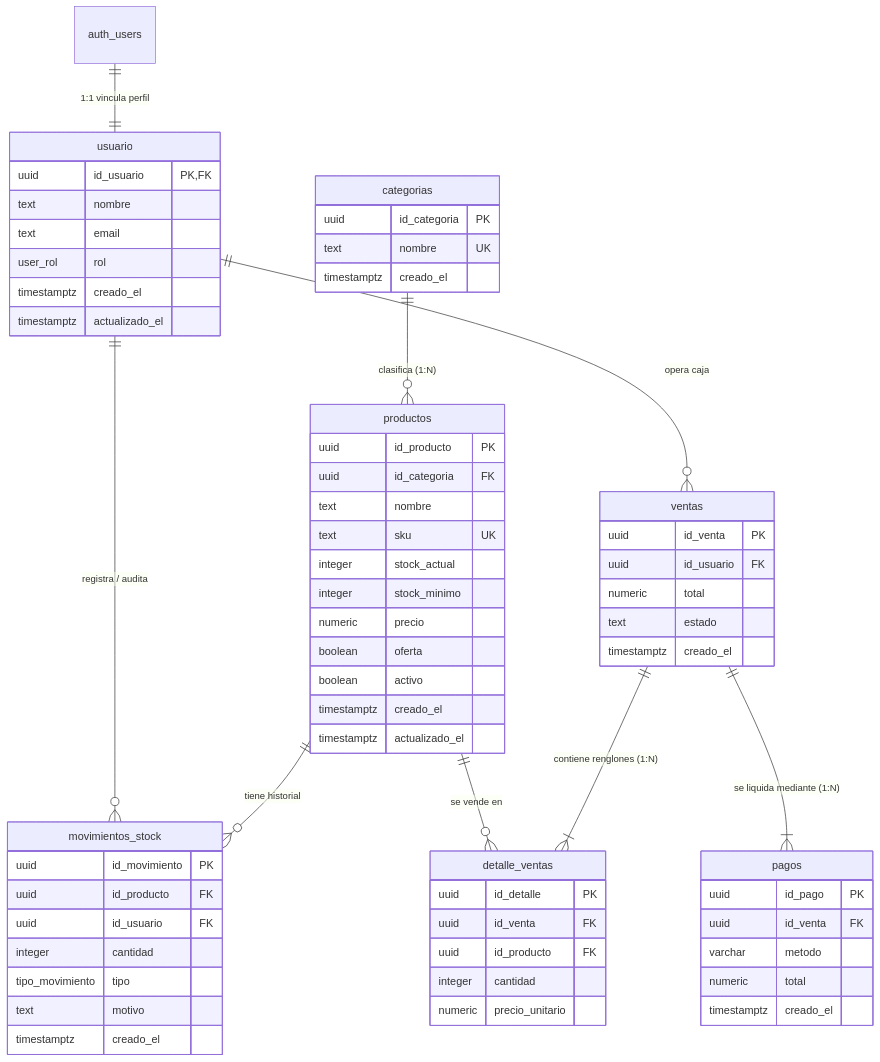
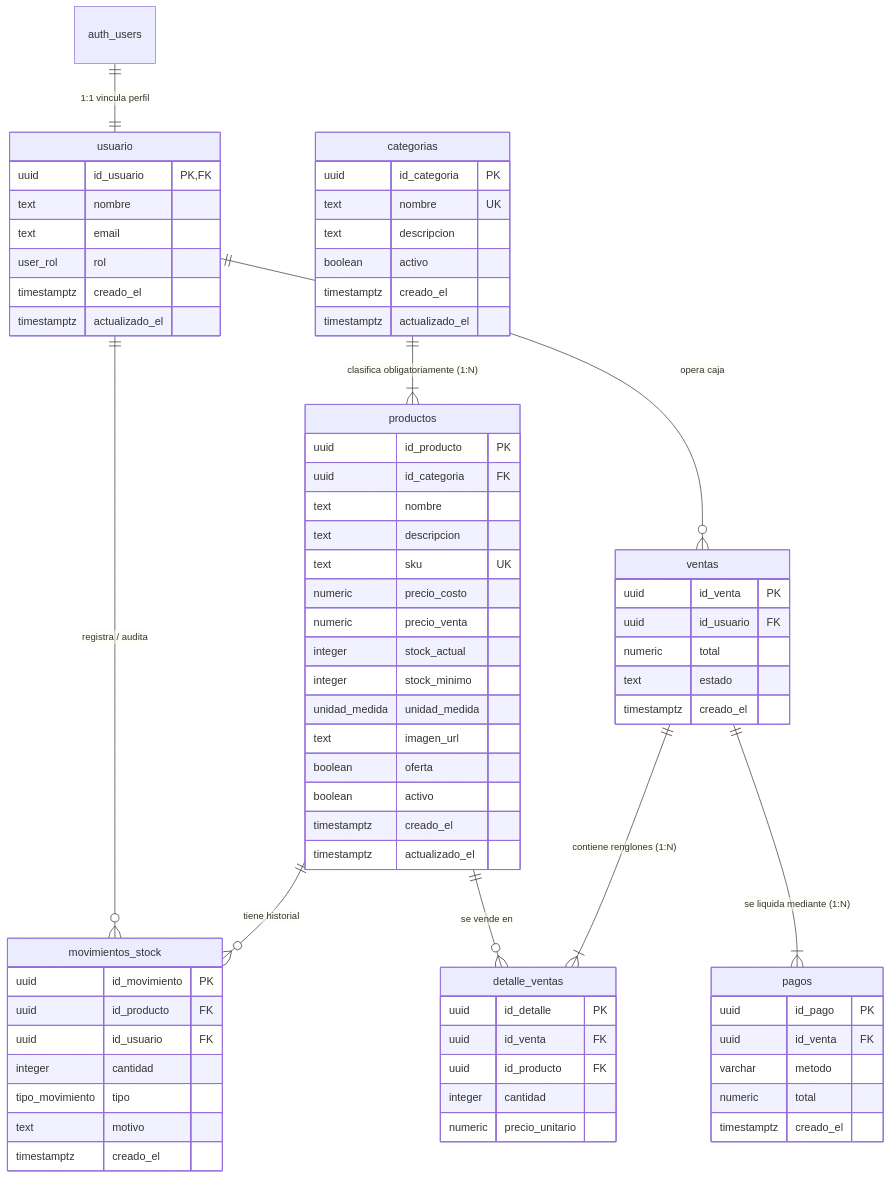
The diagram in mistock/docs/Analisis_Base_de_Datos_SQL.md (OctavioRiccardo/m.i-stock), drawn with Mermaid before and after one commit. The commit also changed other lines of this file and 2 other files, not shown here.

````diff
--- a/mistock/docs/Analisis_Base_de_Datos_SQL.md
+++ b/mistock/docs/Analisis_Base_de_Datos_SQL.md
@@ -21,74 +21,81 @@
 ```mermaid
 erDiagram
     auth_users ||--|| usuario : "1:1 vincula perfil"
     usuario ||--o{ movimientos_stock : "registra / audita"
     usuario ||--o{ ventas : "opera caja"
-    categorias ||--o{ productos : "clasifica (1:N)"
+    categorias ||--|{ productos : "clasifica obligatoriamente (1:N)"
     productos ||--o{ movimientos_stock : "tiene historial"
     productos ||--o{ detalle_ventas : "se vende en"
     ventas ||--|{ detalle_ventas : "contiene renglones (1:N)"
     ventas ||--|{ pagos : "se liquida mediante (1:N)"
 
     usuario {
         uuid id_usuario PK,FK
         text nombre
         text email
         user_rol rol
         timestamptz creado_el
         timestamptz actualizado_el
     }
 
     categorias {
         uuid id_categoria PK
         text nombre UK
+        text descripcion
+        boolean activo
         timestamptz creado_el
+        timestamptz actualizado_el
     }
 
     productos {
         uuid id_producto PK
         uuid id_categoria FK
         text nombre
+        text descripcion
         text sku UK
+        numeric precio_costo
+        numeric precio_venta
         integer stock_actual
         integer stock_minimo
-        numeric precio
+        unidad_medida unidad_medida
+        text imagen_url
         boolean oferta
         boolean activo
         timestamptz creado_el
         timestamptz actualizado_el
     }
 
     movimientos_stock {
         uuid id_movimiento PK
         uuid id_producto FK
         uuid id_usuario FK
         integer cantidad
         tipo_movimiento tipo
         text motivo
         timestamptz creado_el
     }
 
     ventas {
         uuid id_venta PK
         uuid id_usuario FK
         numeric total
         text estado
         timestamptz creado_el
     }
 
     detalle_ventas {
         uuid id_detalle PK
         uuid id_venta FK
         uuid id_producto FK
         integer cantidad
         numeric precio_unitario
     }
 
     pagos {
         uuid id_pago PK
         uuid id_venta FK
         varchar metodo
         numeric total
         timestamptz creado_el
     }
 ```
````
